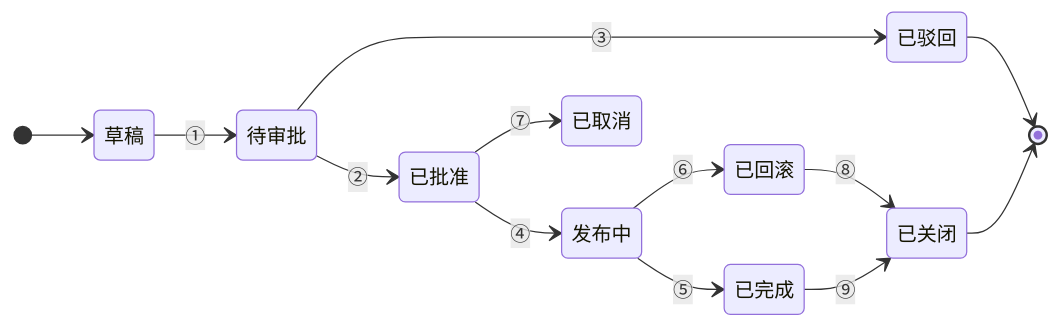
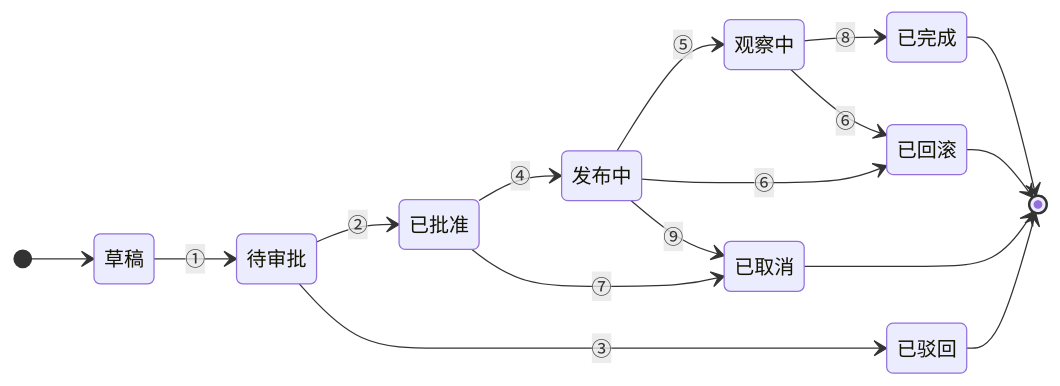
One commit to hguanchao/Ferry changed the third of 4 diagrams in docs/需求文档.md. Above: the diagram before and after it, drawn with Mermaid. The commit also changed other lines of this file, not shown here.

````diff
--- a/docs/需求文档.md
+++ b/docs/需求文档.md
@@ -345,16 +365,19 @@
 ```mermaid
 stateDiagram-v2
     direction LR
     [*] --> 草稿
     草稿 --> 待审批: ①
     待审批 --> 已批准: ②
     待审批 --> 已驳回: ③
     已批准 --> 发布中: ④
-    发布中 --> 已完成: ⑤
+    已批准 --> 已取消: ⑦
+    发布中 --> 观察中: ⑤
     发布中 --> 已回滚: ⑥
-    已批准 --> 已取消: ⑦
+    发布中 --> 已取消: ⑨
+    观察中 --> 已完成: ⑧
+    观察中 --> 已回滚: ⑥
+    已完成 --> [*]
+    已回滚 --> [*]
     已驳回 --> [*]
-    已回滚 --> 已关闭: ⑧
-    已完成 --> 已关闭: ⑨
-    已关闭 --> [*]
+    已取消 --> [*]
 ```
````
